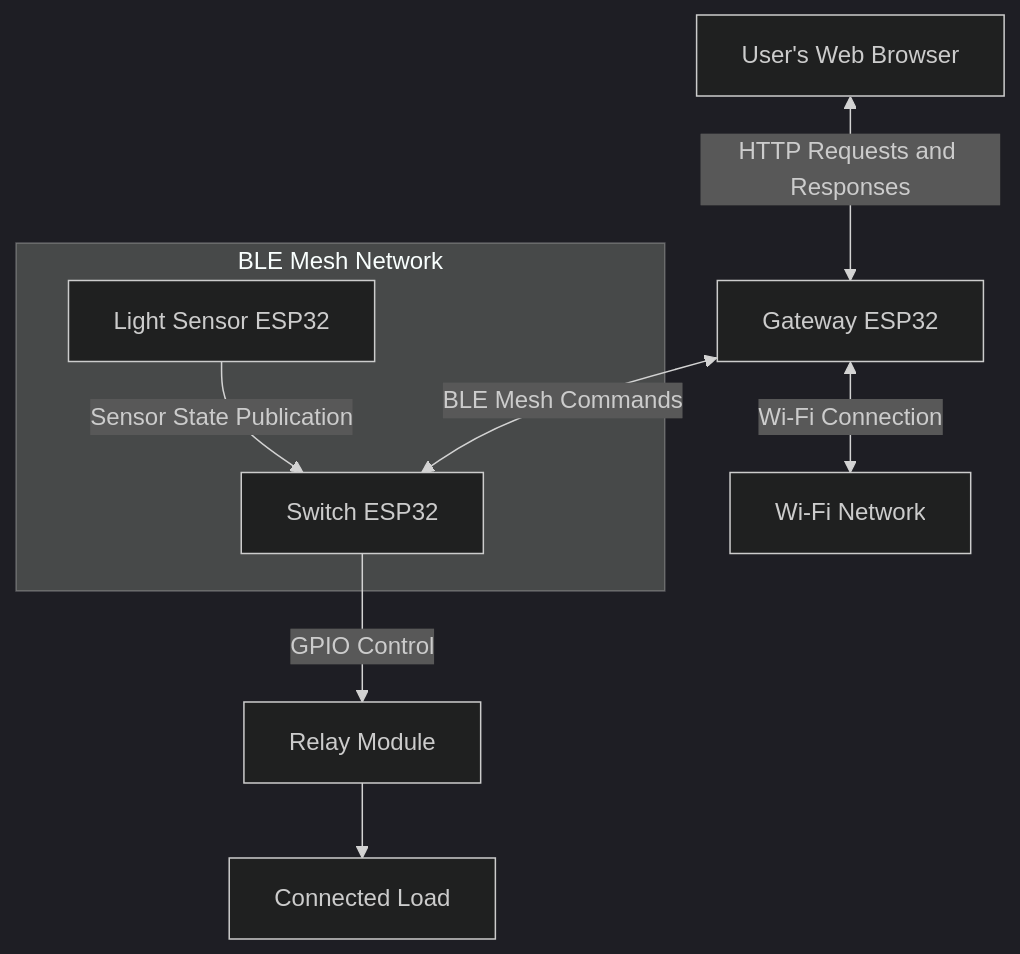
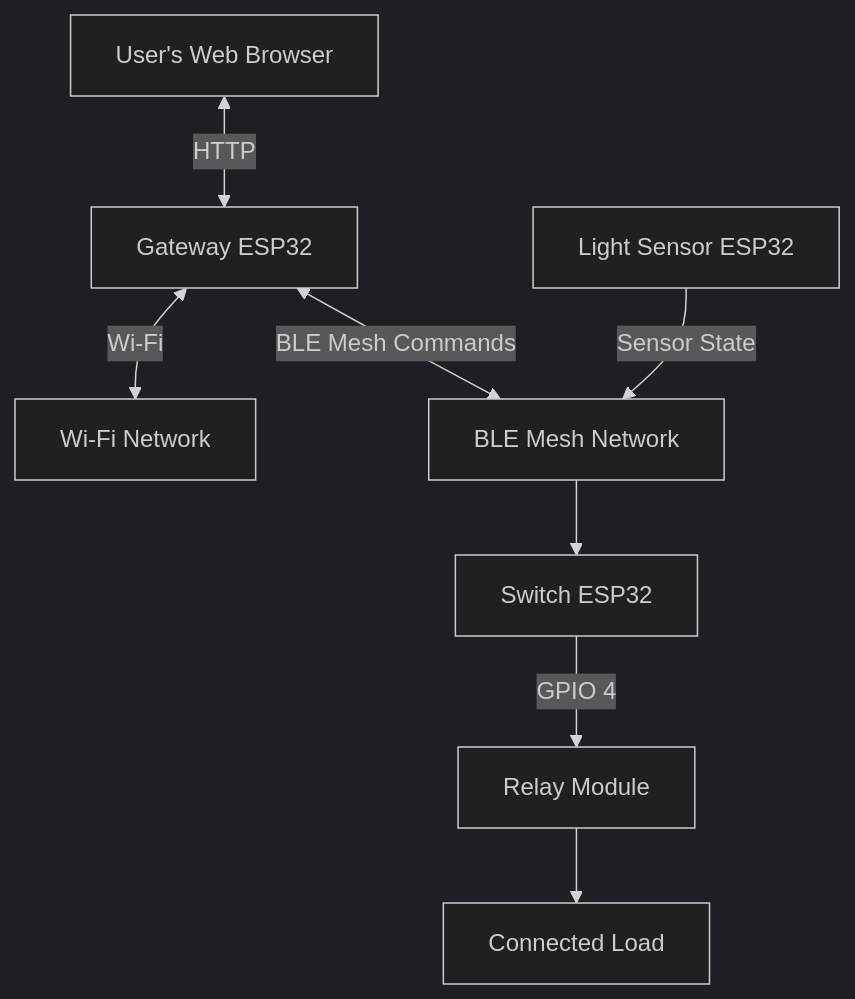
The diagram in README.md (candiceguinoo/BCA152_ESP32_SmartHome), drawn with Mermaid (dark theme) before and after one commit.

Commit message:
Update README.md
Updated the flowchart to include BLE Mesh Network and adjusted connections.

````diff
--- a/README.md
+++ b/README.md
@@ -131,21 +131,18 @@
 ```mermaid
 flowchart TB
     U["User's Web Browser"]
-    W["Wi-Fi Network"]
     G["Gateway ESP32"]
-
-    subgraph BLE["BLE Mesh Network"]
-        L["Light Sensor ESP32"]
-        S["Switch ESP32"]
-    end
-
+    M["BLE Mesh Network"]
+    L["Light Sensor ESP32"]
+    S["Switch ESP32"]
     R["Relay Module"]
     D["Connected Load"]
 
-    U <-->|HTTP Requests and Responses| G
-    G <-->|Wi-Fi Connection| W
-    G <-->|BLE Mesh Commands| S
-    L -->|Sensor State Publication| S
-    S -->|GPIO Control| R
+    U <-->|HTTP| G
+    G <-->|Wi-Fi| W["Wi-Fi Network"]
+    G <-->|BLE Mesh Commands| M
+    L -->|Sensor State| M
+    M --> S
+    S -->|GPIO 4| R
     R --> D
 ```
````
